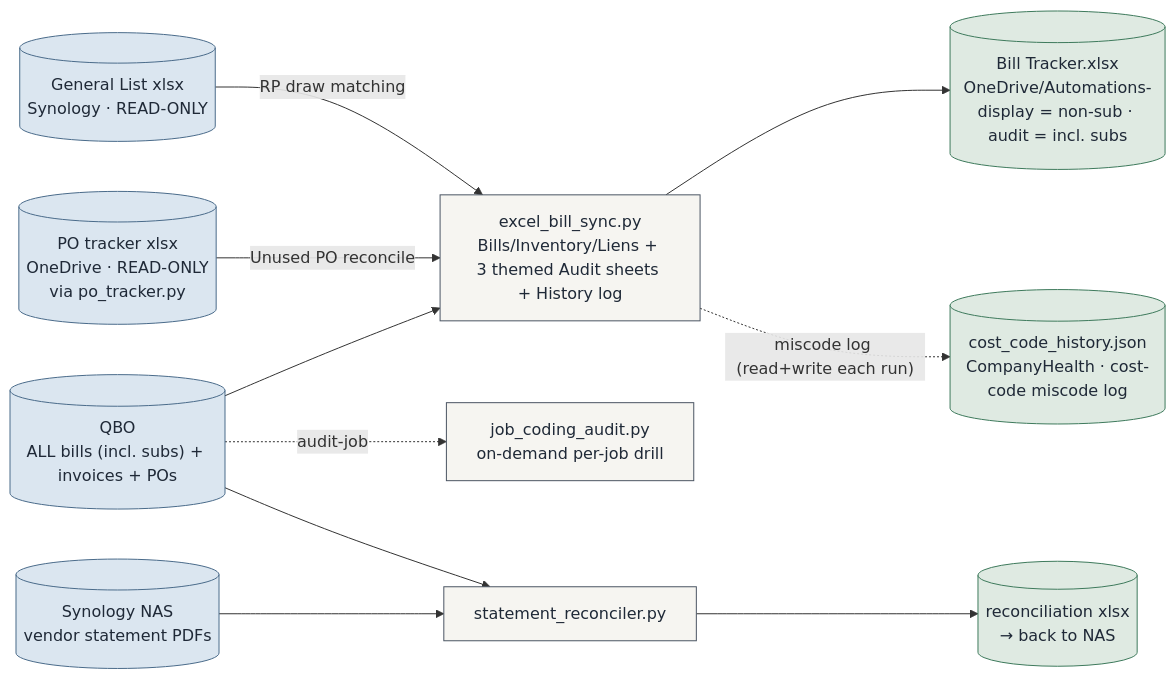
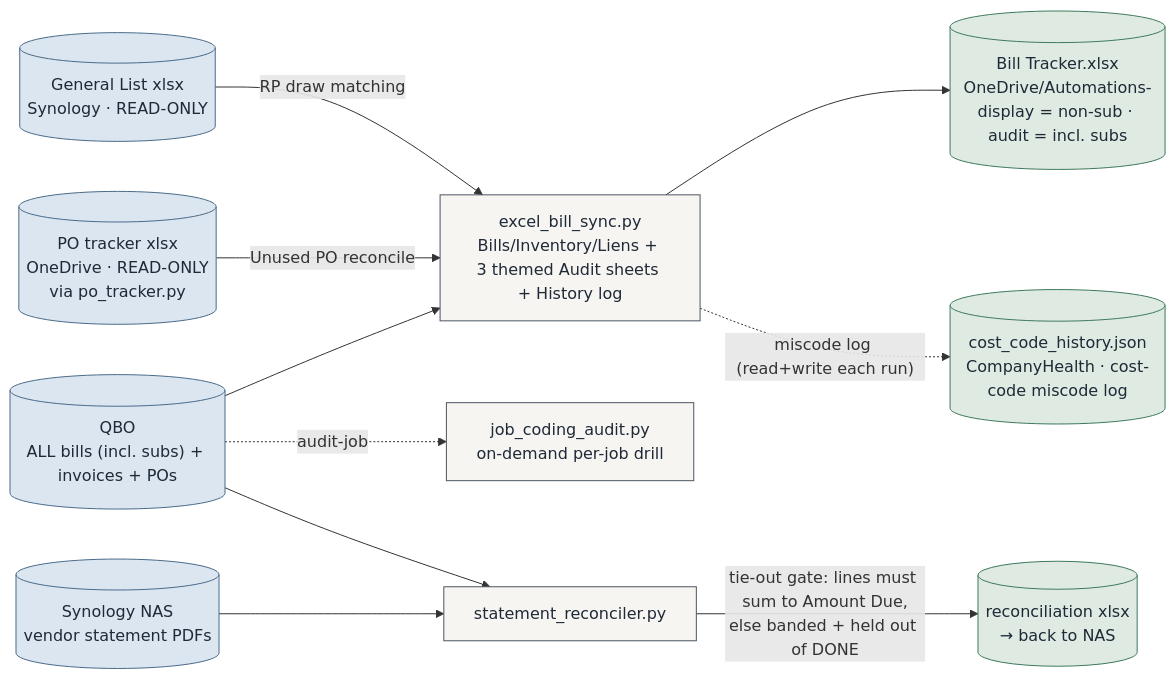
The second of 6 diagrams in docs/ARCHITECTURE.md (Ecarlo-Proficient/Claude-Report), drawn with Mermaid before and after one commit. The commit also changed 2 other files, not shown here.

Commit message:
statement-reconciler: parse tie-out gate + assert_clean
A statement whose parsed lines do not sum to its own printed Amount Due
(tolerance $0.50) is now caught instead of shipped silently. The Summary
grows a 'Sum of parsed lines' + 'Parse gap' tie-out row, gets a red
TIE-OUT FAILED banner, and process_pdf returns (ok, counts, tieout_ok)
so run_inbox keeps the report OUT of DONE (new 'held' bucket, nonzero
sweep exit). This closes the --inbox --yes hole that emitted-and-archived
the broken Cowtown 09-01 report. write_excel now runs
shared/xlsx_verify.assert_clean as its last step (repo rule 5b, was
missing). Adds STATUS.md (gate DONE; Cowtown aging-layout parser logged
OPEN, needs the NAS share to fix) and annotates the AP diagram.

````diff
--- a/docs/ARCHITECTURE.md
+++ b/docs/ARCHITECTURE.md
@@ -221,25 +221,25 @@
 ```mermaid
 flowchart LR
     classDef src fill:#dbe6f0,stroke:#4A6B8A,color:#1f2937
     classDef tool fill:#f6f5f1,stroke:#4b5563,color:#1f2937
     classDef out fill:#dfeae2,stroke:#3E7A5C,color:#1f2937
 
     QBO[("QBO\nALL bills (incl. subs) + invoices + POs")]:::src
     NAS[("Synology NAS\nvendor statement PDFs")]:::src
     GL[("General List xlsx\nSynology · READ-ONLY")]:::src
     POT[("PO tracker xlsx\nOneDrive · READ-ONLY\nvia po_tracker.py")]:::src
     BT["excel_bill_sync.py\nBills/Inventory/Liens + 3 themed Audit sheets + History log"]:::tool
     JCA["job_coding_audit.py\non-demand per-job drill"]:::tool
     SR["statement_reconciler.py"]:::tool
     BX[("Bill Tracker.xlsx\nOneDrive/Automations-\ndisplay = non-sub · audit = incl. subs")]:::out
     CCH[("cost_code_history.json\nCompanyHealth · cost-code miscode log")]:::out
     RX[("reconciliation xlsx\n→ back to NAS")]:::out
 
     QBO --> BT --> BX
     BT -. "miscode log (read+write each run)" .-> CCH
     QBO -. "audit-job" .-> JCA
     GL -- "RP draw matching" --> BT
     POT -- "Unused PO reconcile" --> BT
     QBO --> SR
-    NAS --> SR --> RX
+    NAS --> SR -- "tie-out gate: lines must sum to Amount Due,\nelse banded + held out of DONE" --> RX
 ```
````
